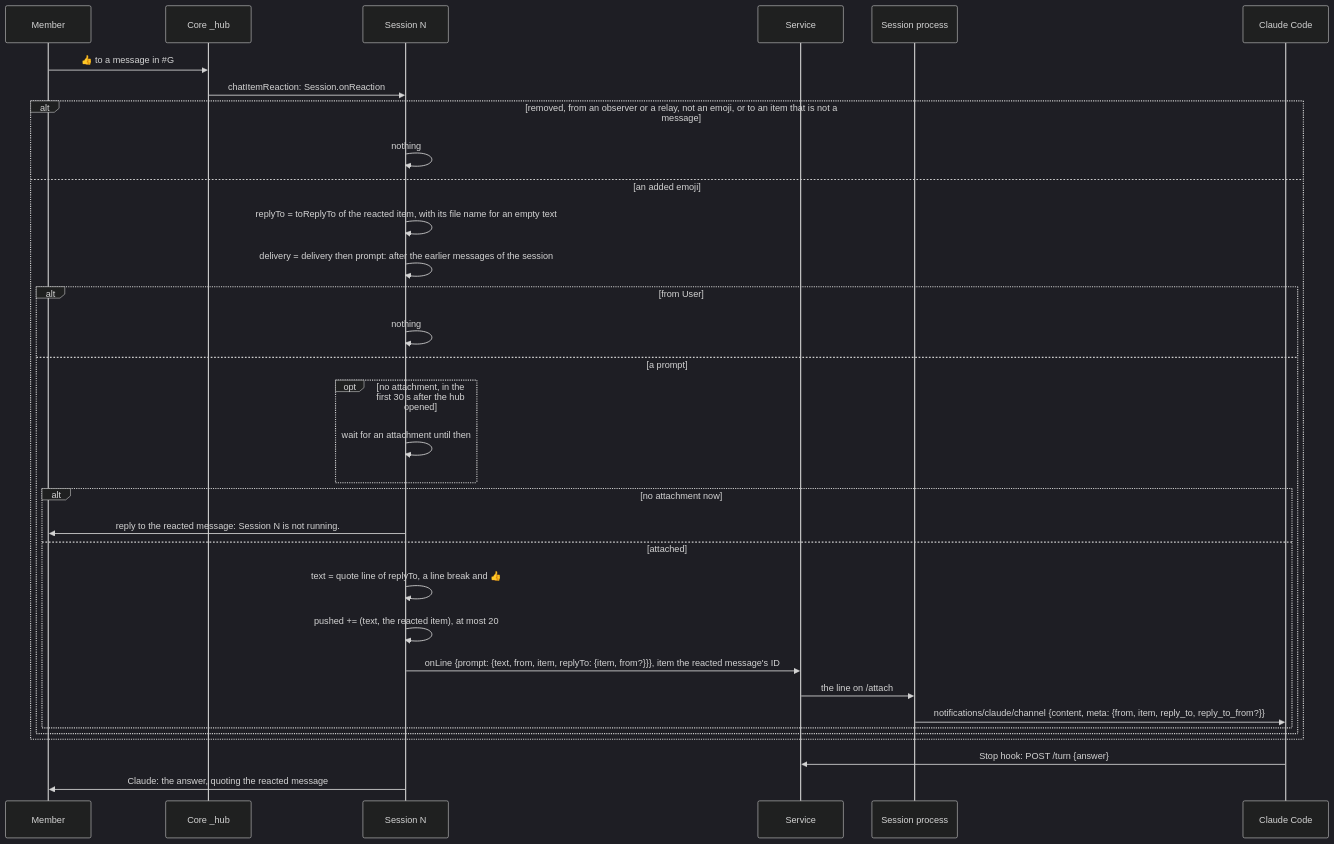
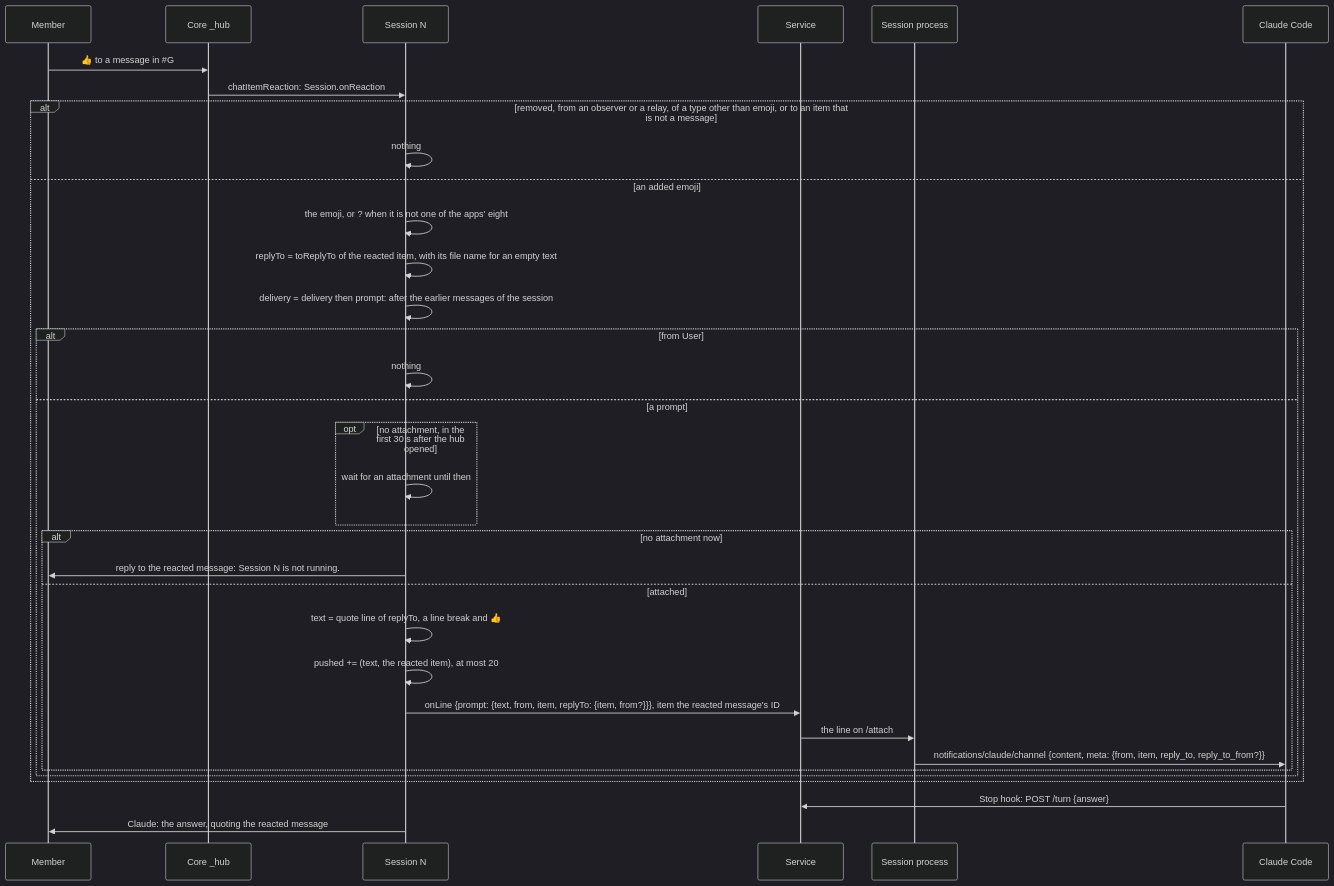
One commit to simplex-chat/simplex-chat changed diagram 32 of 32 in packages/simplex-chat-mcp/spec/flows.md. Above: the diagram before and after it, drawn with Mermaid (dark theme). The commit also changed other lines of this file and 10 other files, not shown here.

````diff
--- a/packages/simplex-chat-mcp/spec/flows.md
+++ b/packages/simplex-chat-mcp/spec/flows.md
@@ -1453,35 +1453,36 @@
 ```mermaid
 sequenceDiagram
   participant O as Member
   participant C as Core _hub
   participant N as Session N
   participant D as Service
   participant S as Session process
   participant CC as Claude Code
   O->>C: 👍 to a message in #35;G
   C->>N: chatItemReaction: Session.onReaction
-  alt removed, from an observer or a relay, not an emoji, or to an item that is not a message
+  alt removed, from an observer or a relay, of a type other than emoji, or to an item that is not a message
     N->>N: nothing
   else an added emoji
+    N->>N: the emoji, or ? when it is not one of the apps' eight
     N->>N: replyTo = toReplyTo of the reacted item, with its file name for an empty text
     N->>N: delivery = delivery then prompt: after the earlier messages of the session
     alt from User
       N->>N: nothing
     else a prompt
       opt no attachment, in the first 30 s after the hub opened
         N->>N: wait for an attachment until then
       end
       alt no attachment now
         N->>O: reply to the reacted message: Session N is not running.
       else attached
         N->>N: text = quote line of replyTo, a line break and 👍
         N->>N: pushed += (text, the reacted item), at most 20
         N->>D: onLine {prompt: {text, from, item, replyTo: {item, from?}}}, item the reacted message's ID
         D->>S: the line on /attach
         S->>CC: notifications/claude/channel {content, meta: {from, item, reply_to, reply_to_from?}}
       end
     end
   end
   CC->>D: Stop hook: POST /turn {answer}
   N->>O: Claude: the answer, quoting the reacted message
 ```
````
